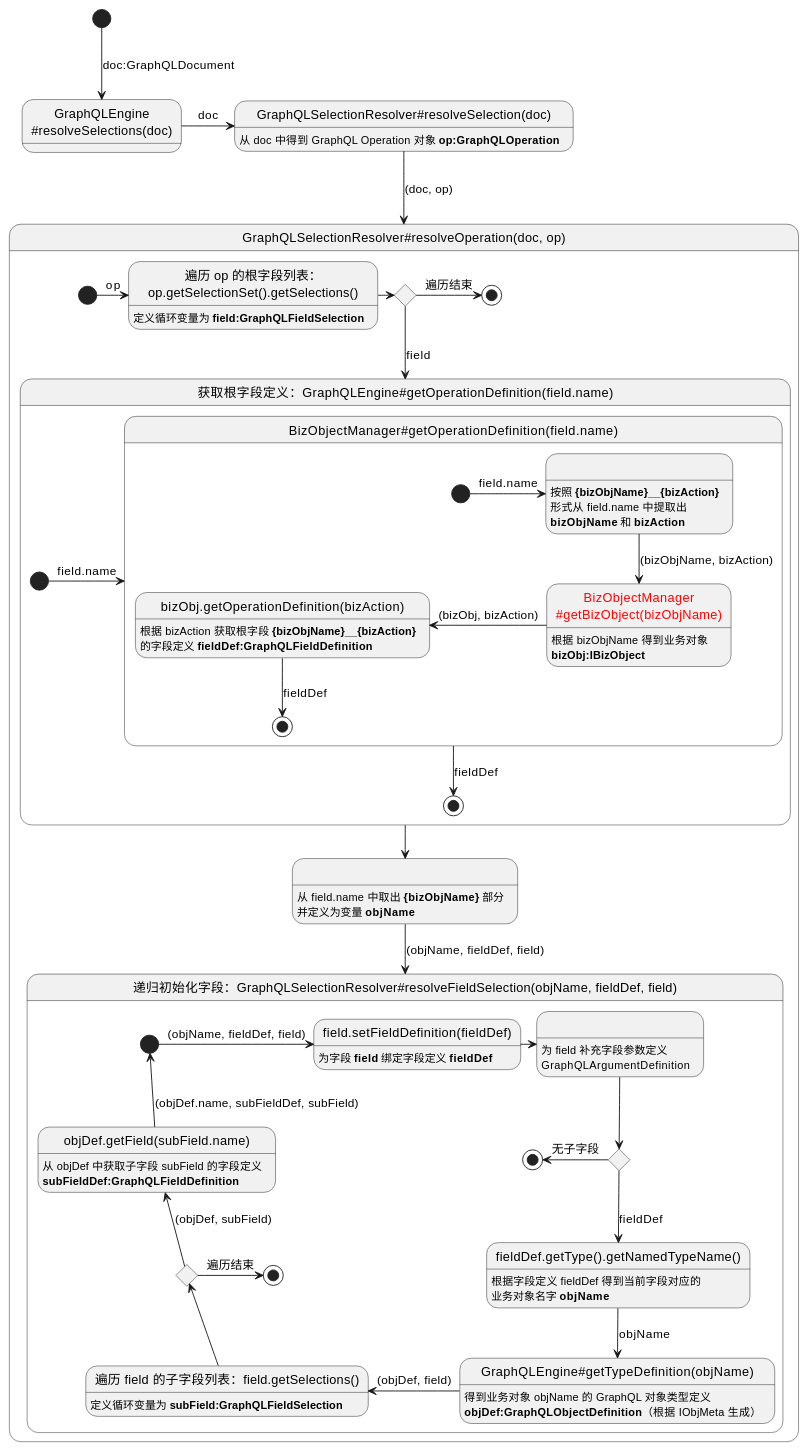
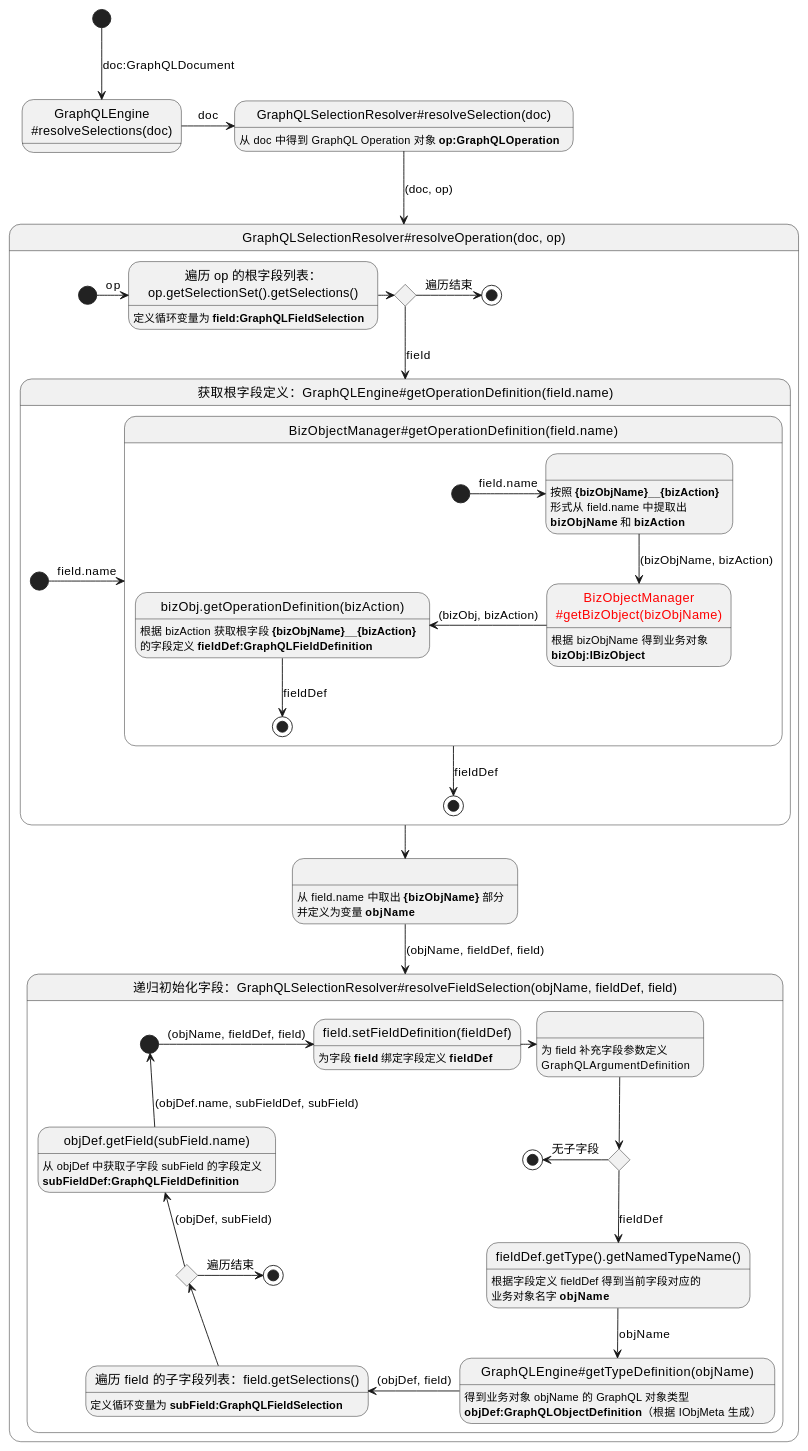
The sixth of 11 diagrams in docs/400.implement/400.component/100.graphql.md (crazydan-studio/nop.crazydan.io), drawn with PlantUML before and after one commit. The commit also changed other lines of this file, not shown here.

````diff
--- a/docs/400.implement/400.component/100.graphql.md
+++ b/docs/400.implement/400.component/100.graphql.md
@@ -680,70 +675,70 @@
 ```plantuml
 state "GraphQLEngine\n~#resolveSelections(doc)" as call_engine_resolveSelections
 state "GraphQLSelectionResolver#resolveSelection(doc)" as call_resolver_resolveSelection: 从 doc 中得到 GraphQL Operation 对象 <b>op:GraphQLOperation</b>
 
 [*] -down-> call_engine_resolveSelections: doc:GraphQLDocument
 call_engine_resolveSelections -> call_resolver_resolveSelection: doc
 call_resolver_resolveSelection -down-> call_resolver_resolveOperation: (doc, op)
 
 state "GraphQLSelectionResolver#resolveOperation(doc, op)" as call_resolver_resolveOperation {
   state "遍历 op 的根字段列表：\nop.getSelectionSet().getSelections()" as get_field_from_op: 定义循环变量为 <b>field:GraphQLFieldSelection</b>
   state " " as split_objName_from_op: 从 field.name 中取出 **{bizObjName}** 部分\n并定义为变量 <b>objName</b>
   state has_op_field <<choice>>
 
   [*] -right-> get_field_from_op: op
   get_field_from_op -right-> has_op_field
 
   has_op_field -right-> [*]: 遍历结束
   has_op_field -down-> call_engine_getOperationDefinition: field
 
   call_engine_getOperationDefinition -down-> split_objName_from_op
   split_objName_from_op -down-> call_resolver_resolveFieldSelection: (objName, fieldDef, field)
 
   state "获取根字段定义：GraphQLEngine~#getOperationDefinition(field.name)" as call_engine_getOperationDefinition {
     [*] -right-> call_bizObj_getOperationDefinition: field.name
     call_bizObj_getOperationDefinition -down-> [*]: fieldDef
 
     state "BizObjectManager#getOperationDefinition(field.name)" as call_bizObj_getOperationDefinition {
       state " " as split_field_name: 按照 **{bizObjName}__{bizAction}**\n形式从 field.name 中提取出\n**bizObjName** 和 **bizAction**
       state "<color:red>BizObjectManager\n<color:red>~#getBizObject(bizObjName)" as call_biz_obj_man_getBizObject: 根据 bizObjName 得到业务对象\n<b>bizObj:IBizObject</b>
       state "bizObj.getOperationDefinition(bizAction)" as call_biz_obj_getOperationDefinition: 根据 bizAction 获取根字段 **{bizObjName}__{bizAction}**\n的字段定义 <b>fieldDef:GraphQLFieldDefinition</b>
 
       [*] -right-> split_field_name: field.name
       split_field_name -down-> call_biz_obj_man_getBizObject: (bizObjName, bizAction)
       call_biz_obj_man_getBizObject -left-> call_biz_obj_getOperationDefinition: (bizObj, bizAction)
       call_biz_obj_getOperationDefinition -down-> [*]: fieldDef
     }
   }
 
   state "递归初始化字段：GraphQLSelectionResolver~#resolveFieldSelection(objName, fieldDef, field)" as call_resolver_resolveFieldSelection {
     state "field.setFieldDefinition(fieldDef)" as call_field_setFieldDefinition: 为字段 <b>field</b> 绑定字段定义 <b>fieldDef</b>
     state " " as validate_field_args: 为 field 补充字段参数定义\nGraphQLArgumentDefinition
     state top_has_sub_field <<choice>>
 
     state "fieldDef.getType().getNamedTypeName()" as call_fieldDef_getType: 根据字段定义 fieldDef 得到当前字段对应的\n业务对象名字 **objName**
-    state "GraphQLEngine#getTypeDefinition(objName)" as call_engine_getTypeDefinition: 得到业务对象 objName 的 GraphQL 对象类型定义\n<b>objDef:GraphQLObjectDefinition</b>（根据 IObjMeta 生成）
+    state "GraphQLEngine#getTypeDefinition(objName)" as call_engine_getTypeDefinition: 得到业务对象 objName 的 GraphQL 对象类型\n<b>objDef:GraphQLObjectDefinition</b>（根据 IObjMeta 生成）
     state "遍历 field 的子字段列表：field.getSelections()" as get_field_from_field: 定义循环变量为 <b>subField:GraphQLFieldSelection</b>
     state "objDef.getField(subField.name)" as call_obj_def_getField: 从 objDef 中获取子字段 subField 的字段定义\n<b>subFieldDef:GraphQLFieldDefinition</b>
     state has_sub_field <<choice>>
     state start <<start>>
     state end0 <<end>>
     state end1 <<end>>
 
     start -right-> call_field_setFieldDefinition: (objName, fieldDef, field)
     call_field_setFieldDefinition -right-> validate_field_args
     validate_field_args -down-> top_has_sub_field
 
     top_has_sub_field -left-> end0: 无子字段
     top_has_sub_field -down-> call_fieldDef_getType: fieldDef
     call_fieldDef_getType -down-> call_engine_getTypeDefinition: objName
 
     call_engine_getTypeDefinition -left-> get_field_from_field: (objDef, field)
     get_field_from_field -up-> has_sub_field
 
     has_sub_field -right-> end1: 遍历结束
     has_sub_field -up-> call_obj_def_getField: (objDef, subField)
 
     call_obj_def_getField -up-> start: (objDef.name, subFieldDef, subField)
   }
 }
 ```
````
